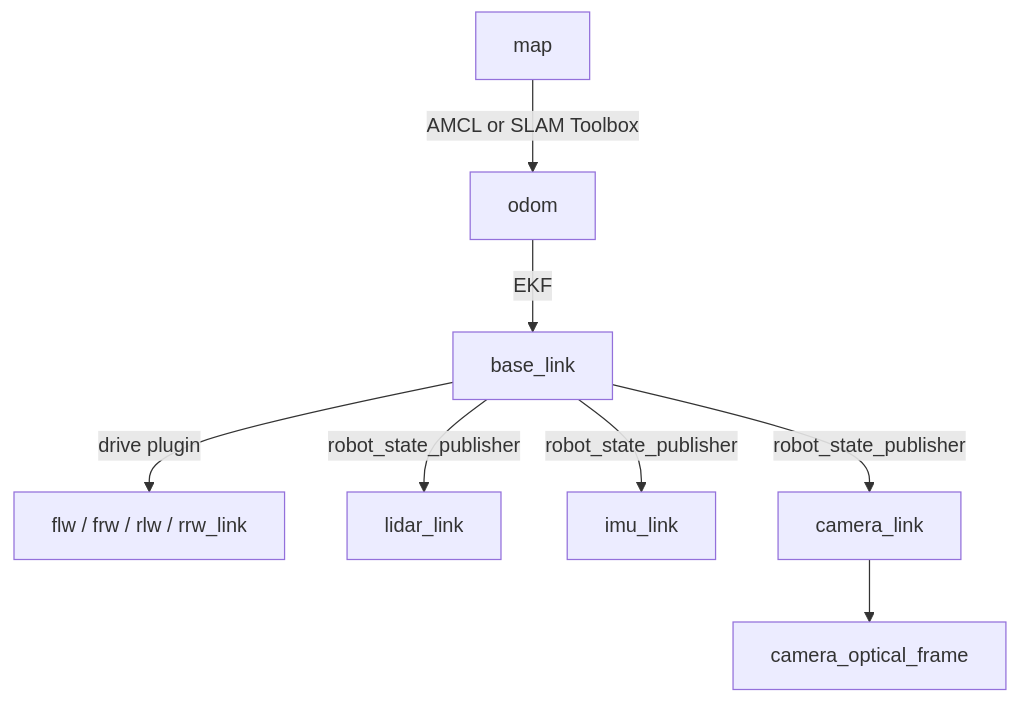
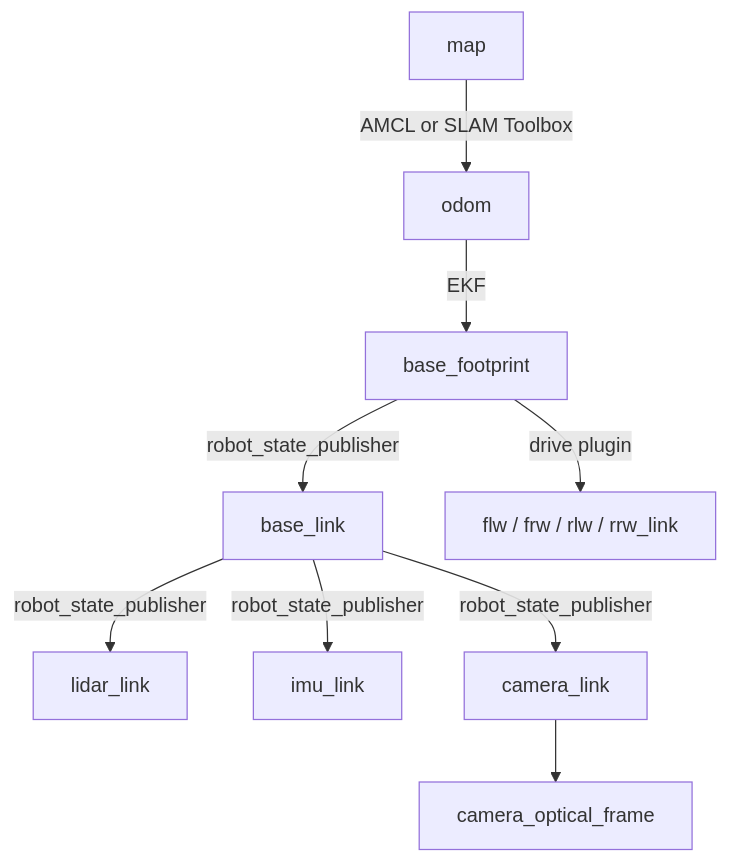
One commit to jaykumbharkar/ros2-amr-navigation changed the second of 3 diagrams in README.md. Above: the diagram before and after it, drawn with Mermaid. The commit also changed other lines of this file, not shown here.

````diff
--- a/README.md
+++ b/README.md
@@ -109,10 +116,11 @@
 ```mermaid
 flowchart TD
     map -- "AMCL or SLAM Toolbox" --> odom
-    odom -- "EKF" --> base_link
-    base_link -- "drive plugin" --> wheels["flw / frw / rlw / rrw_link"]
+    odom -- "EKF" --> base_footprint
+    base_footprint -- "robot_state_publisher" --> base_link
+    base_footprint -- "drive plugin" --> wheels["flw / frw / rlw / rrw_link"]
     base_link -- "robot_state_publisher" --> lidar_link
     base_link -- "robot_state_publisher" --> imu_link
     base_link -- "robot_state_publisher" --> camera_link
     camera_link --> camera_optical_frame
 ```
````
